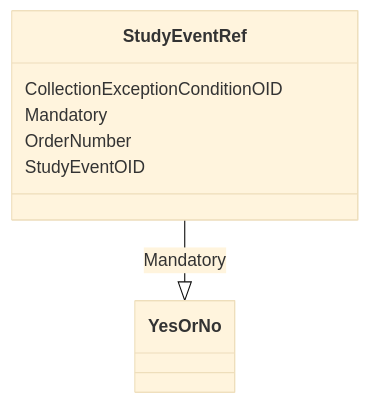
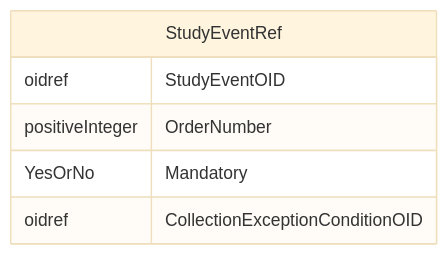
The diagram in docs/StudyEventRef.md (cdisc-org/DataExchange-ODM-LinkML), drawn with Mermaid (base theme) before and after one commit. The commit also changed other lines of this file and 181 other files, not shown here.

Commit message:
ER diagrams working via templates and removing names with underscores

````diff
--- a/docs/StudyEventRef.md
+++ b/docs/StudyEventRef.md
@@ -14,15 +11,12 @@
 ```mermaid
- classDiagram
-    class StudyEventRef
-      StudyEventRef : CollectionExceptionConditionOID
-        
-      StudyEventRef : Mandatory
-        
-          StudyEventRef --|> YesOrNo : Mandatory
-        
-      StudyEventRef : OrderNumber
-        
-      StudyEventRef : StudyEventOID
-        
-      
+erDiagram
+StudyEventRef {
+    oidref StudyEventOID  
+    positiveInteger OrderNumber  
+    YesOrNo Mandatory  
+    oidref CollectionExceptionConditionOID  
+}
+
+
+
 ```
````
